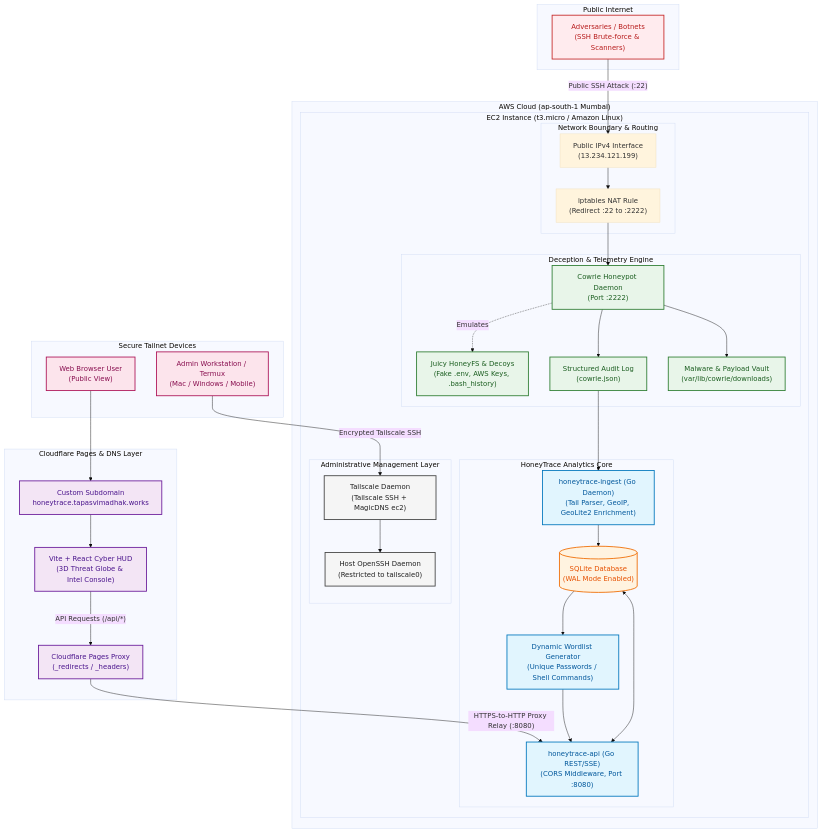
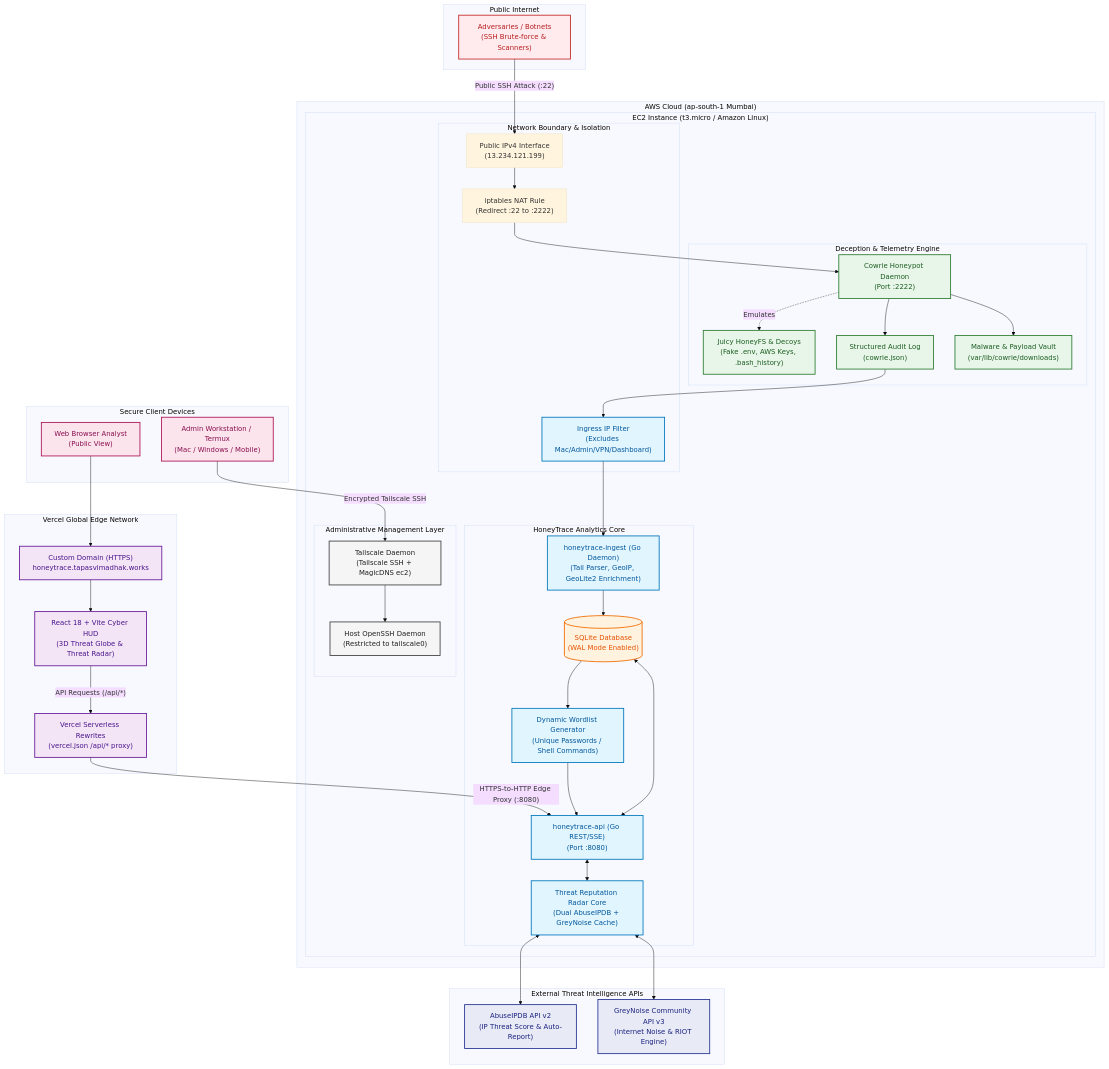
Before and after one commit to TapasviMadhak/HoneyTrace: the diagram in docs/architecture.mmd, drawn with Mermaid (base theme). The commit also changed 12 other files, not shown here.

First line of the commit message:
feat(security): strict ingress filtering of private/dashboard IPs, auto-scroll Deep Inspect, and Vercel architecture update

```diff
--- a/docs/architecture.mmd
+++ b/docs/architecture.mmd
@@ -1,82 +1,96 @@
 flowchart TB
  subgraph WAN["Public Internet"]
         A["Adversaries / Botnets<br>(SSH Brute-force &amp; Scanners)"]
   end
- subgraph CF_PAGES["Cloudflare Pages & DNS Layer"]
-        DNS["Custom Subdomain<br>honeytrace.tapasvimadhak.works"]
-        SPA["Vite + React Cyber HUD<br>(3D Threat Globe &amp; Intel Console)"]
-        PROXY["Cloudflare Pages Proxy<br>(_redirects / _headers)"]
+ subgraph VERCEL_EDGE["Vercel Global Edge Network"]
+        DNS["Custom Domain (HTTPS)<br>honeytrace.tapasvimadhak.works"]
+        SPA["React 18 + Vite Cyber HUD<br>(3D Threat Globe &amp; Threat Radar)"]
+        PROXY["Vercel Serverless Rewrites<br>(vercel.json /api/* proxy)"]
   end
- subgraph INGRESS["Network Boundary &amp; Routing"]
+ subgraph THREAT_INTEL["External Threat Intelligence APIs"]
+        ABUSE["AbuseIPDB API v2<br>(IP Threat Score &amp; Auto-Report)"]
+        GREYNOISE["GreyNoise Community API v3<br>(Internet Noise &amp; RIOT Engine)"]
+  end
+ subgraph INGRESS["Network Boundary &amp; Isolation"]
         PUB_IP["Public IPv4 Interface<br>(13.234.121.199)"]
         IPTABLES["iptables NAT Rule<br>(Redirect :22 to :2222)"]
+        FILTER["Ingress IP Filter<br>(Excludes Mac/Admin/VPN/Dashboard)"]
   end
- subgraph HONEYPOT_ENV["Deception & Telemetry Engine"]
+ subgraph HONEYPOT_ENV["Deception &amp; Telemetry Engine"]
         COWRIE["Cowrie Honeypot Daemon<br>(Port :2222)"]
         HONEYFS["Juicy HoneyFS &amp; Decoys<br>(Fake .env, AWS Keys, .bash_history)"]
         JSONLOG["Structured Audit Log<br>(cowrie.json)"]
         DOWNLOADS["Malware &amp; Payload Vault<br>(var/lib/cowrie/downloads)"]
   end
  subgraph BACKEND_STACK["HoneyTrace Analytics Core"]
         INGEST["honeytrace-ingest (Go Daemon)<br>(Tail Parser, GeoIP, GeoLite2 Enrichment)"]
         SQLITE[("SQLite Database<br>(WAL Mode Enabled)")]
-        API["honeytrace-api (Go REST/SSE)<br>(CORS Middleware, Port :8080)"]
+        API["honeytrace-api (Go REST/SSE)<br>(Port :8080)"]
+        RADAR["Threat Reputation Radar Core<br>(Dual AbuseIPDB + GreyNoise Cache)"]
         WORDLIST["Dynamic Wordlist Generator<br>(Unique Passwords / Shell Commands)"]
   end
  subgraph SECURE_MGMT["Administrative Management Layer"]
         TS_DAEMON["Tailscale Daemon<br>(Tailscale SSH + MagicDNS ec2)"]
         REAL_SSHD["Host OpenSSH Daemon<br>(Restricted to tailscale0)"]
   end
  subgraph EC2["EC2 Instance (t3.micro / Amazon Linux)"]
         INGRESS
         HONEYPOT_ENV
         BACKEND_STACK
         SECURE_MGMT
   end
  subgraph AWS["AWS Cloud (ap-south-1 Mumbai)"]
         EC2
   end
- subgraph ADMIN_CLIENTS["Secure Tailnet Devices"]
+ subgraph ADMIN_CLIENTS["Secure Client Devices"]
         ADMIN["Admin Workstation / Termux<br>(Mac / Windows / Mobile)"]
-        BROWSER["Web Browser User<br>(Public View)"]
+        BROWSER["Web Browser Analyst<br>(Public View)"]
   end
     DNS --> SPA
     SPA -- API Requests (/api/*) --> PROXY
     PUB_IP --> IPTABLES
     IPTABLES --> COWRIE
     COWRIE -. Emulates .-> HONEYFS
     COWRIE --> JSONLOG & DOWNLOADS
-    JSONLOG --> INGEST
+    JSONLOG --> FILTER
+    FILTER --> INGEST
     INGEST --> SQLITE
     SQLITE <--> API
+    API <--> RADAR
+    RADAR <--> ABUSE & GREYNOISE
     SQLITE --> WORDLIST
     WORDLIST --> API
     TS_DAEMON --> REAL_SSHD
     A -- Public SSH Attack (:22) --> PUB_IP
-    PROXY -- "HTTPS-to-HTTP Proxy Relay (:8080)" --> API
+    PROXY -- "HTTPS-to-HTTP Edge Proxy (:8080)" --> API
     BROWSER --> DNS
     ADMIN -- Encrypted Tailscale SSH --> TS_DAEMON
 
      A:::attacker
      DNS:::edge
      SPA:::edge
      PROXY:::edge
+     ABUSE:::intel
+     GREYNOISE:::intel
      COWRIE:::host
      HONEYFS:::host
      JSONLOG:::host
      DOWNLOADS:::host
+     FILTER:::core
      INGEST:::core
      SQLITE:::db
      API:::core
+     RADAR:::core
      WORDLIST:::core
      TS_DAEMON:::vpn
      REAL_SSHD:::vpn
      ADMIN:::client
      BROWSER:::client
     classDef attacker fill:#ffebee,stroke:#c62828,stroke-width:2px,color:#b71c1c
     classDef edge fill:#f3e5f5,stroke:#6a1b9a,stroke-width:2px,color:#4a148c
+    classDef intel fill:#e8eaf6,stroke:#283593,stroke-width:2px,color:#1a237e
     classDef host fill:#e8f5e9,stroke:#2e7d32,stroke-width:2px,color:#1b5e20
     classDef core fill:#e1f5fe,stroke:#0277bd,stroke-width:2px,color:#01579b
     classDef db fill:#fff3e0,stroke:#ef6c00,stroke-width:2px,color:#e65100
     classDef vpn fill:#f5f5f5,stroke:#424242,stroke-width:2px,color:#212121
     classDef client fill:#fce4ec,stroke:#ad1457,stroke-width:2px,color:#880e4f
```
